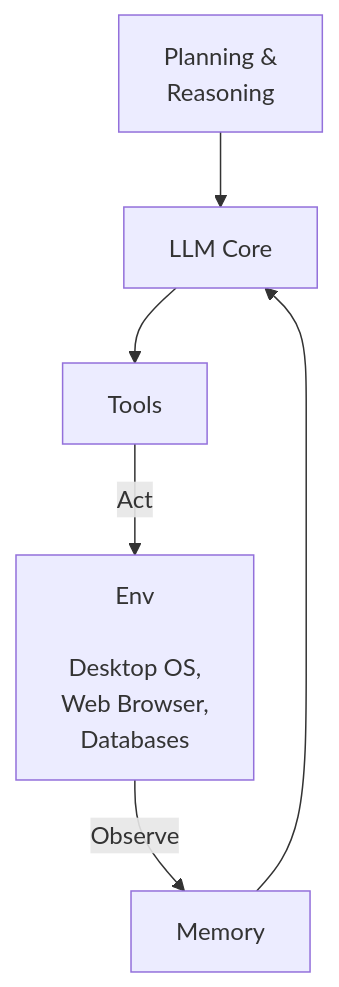
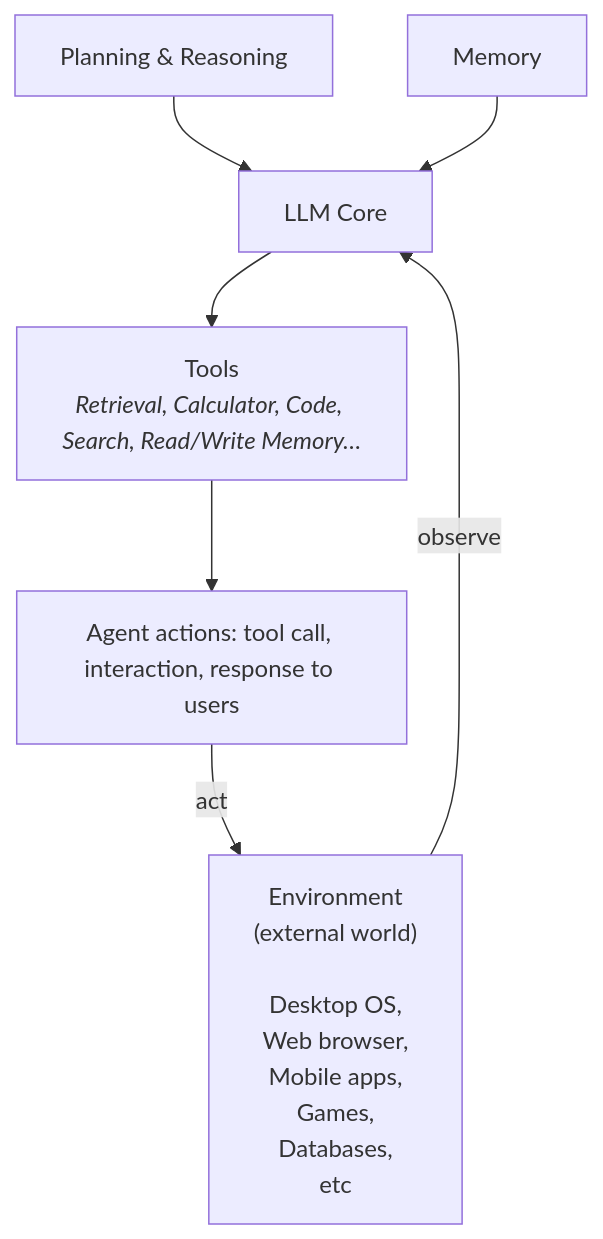
Before and after one commit to ssardana08/learnings: the diagram in courses/cs329z-engineering-ai-agents/01-foundations-and-landscape.md, drawn with Mermaid.

Commit message:
Match agent components diagram to lecture slide

````diff
--- a/courses/cs329z-engineering-ai-agents/01-foundations-and-landscape.md
+++ b/courses/cs329z-engineering-ai-agents/01-foundations-and-landscape.md
@@ -18,8 +18,9 @@
 ```mermaid
 flowchart TD
-    P["Planning &<br/>Reasoning"] --> L["LLM Core"]
+    P["Planning & Reasoning"] --> L["LLM Core"]
     M["Memory"] --> L
-    L --> T["Tools"]
-    T -- Act --> E["Env<br/><br/>Desktop OS,<br/>Web Browser,<br/>Databases"]
-    E -- Observe --> M
+    L --> T["Tools<br/><i>Retrieval, Calculator, Code, Search, Read/Write Memory…</i>"]
+    T --> A["Agent actions: tool call, interaction, response to users"]
+    A -- act --> E["Environment<br/>(external world)<br/><br/>Desktop OS,<br/>Web browser,<br/>Mobile apps,<br/>Games,<br/>Databases,<br/>etc"]
+    E -- observe --> L
 ```
````
